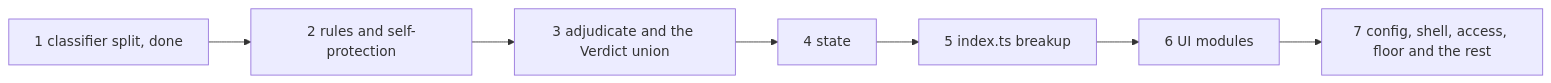
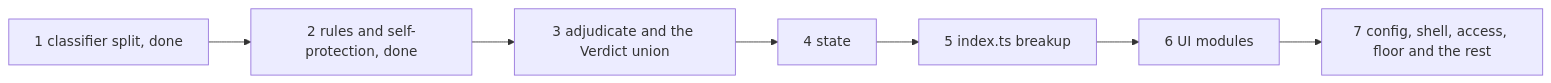
One commit to jonatsu/pi-verdict changed the diagram in docs/plans/simplify-and-comments.md. Above: the diagram before and after it, drawn with Mermaid. The commit also changed other lines of this file and 1 other file, not shown here.

First line of the commit message:
docs(plans): mark the rules and self-protection slice done

````diff
--- a/docs/plans/simplify-and-comments.md
+++ b/docs/plans/simplify-and-comments.md
@@ -23,9 +23,9 @@
 ```mermaid
 flowchart LR
-  S1[1 classifier split, done] --> S2[2 rules and self-protection]
+  S1[1 classifier split, done] --> S2[2 rules and self-protection, done]
   S2 --> S3[3 adjudicate and the Verdict union]
   S3 --> S4[4 state]
   S4 --> S5[5 index.ts breakup]
   S5 --> S6[6 UI modules]
   S6 --> S7[7 config, shell, access, floor and the rest]
 ```
````
